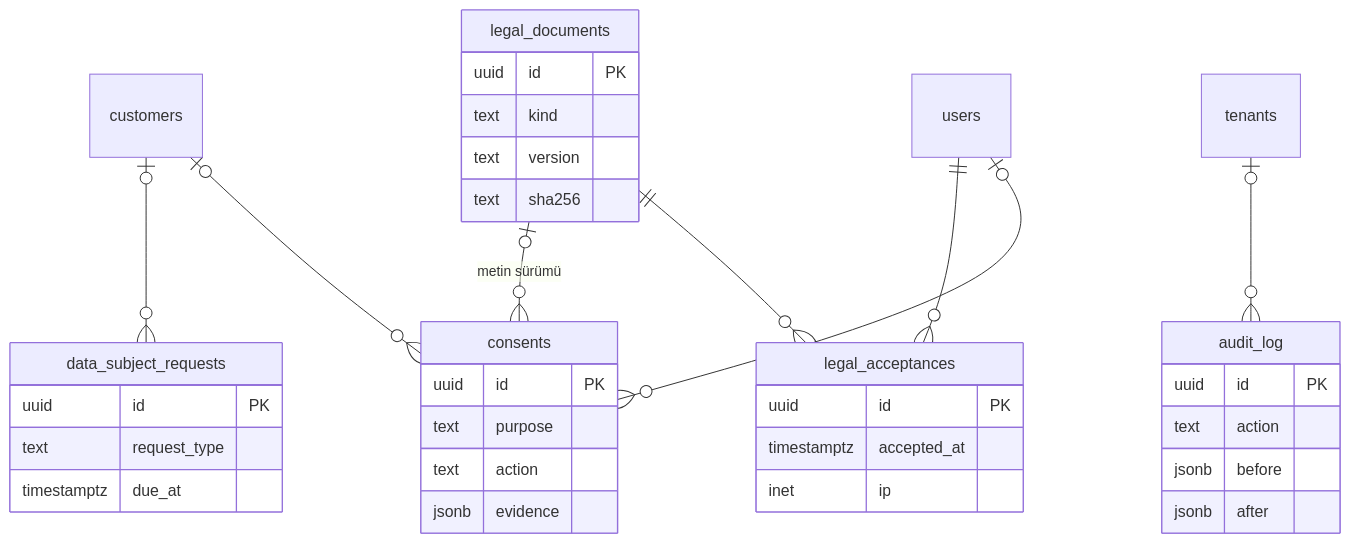
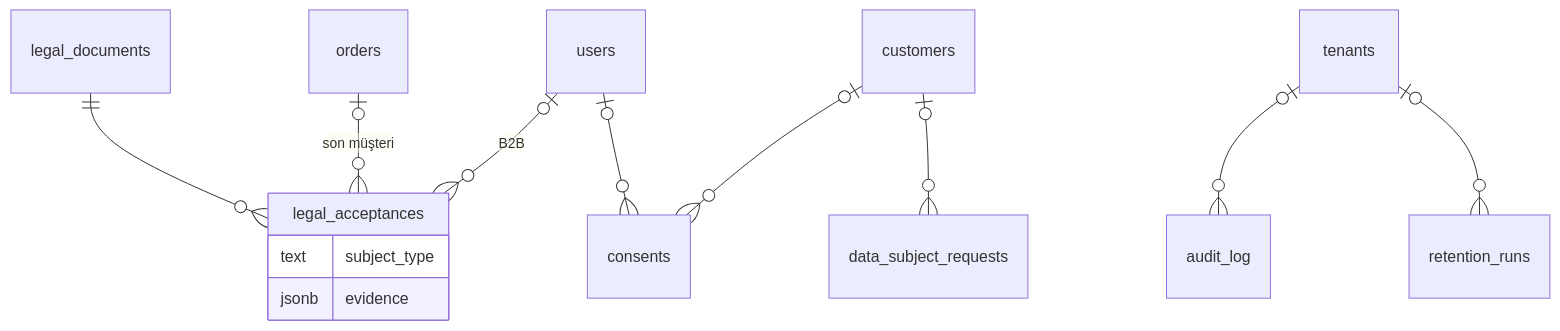
Before and after one commit to eraycaylak/siparisinonunde: the sixth of 9 diagrams in docs/07-veri-modeli-ve-api.md, drawn with Mermaid. The commit also changed other lines of this file, not shown here.

````diff
--- a/docs/07-veri-modeli-ve-api.md
+++ b/docs/07-veri-modeli-ve-api.md
@@ -316,28 +270,15 @@
 ```mermaid
 erDiagram
+  legal_documents ||--o{ legal_acceptances : ""
+  users |o--o{ legal_acceptances : "B2B"
+  orders |o--o{ legal_acceptances : "son müşteri"
   customers |o--o{ consents : ""
   users |o--o{ consents : ""
-  legal_documents ||--o{ legal_acceptances : ""
-  users ||--o{ legal_acceptances : ""
-  legal_documents |o--o{ consents : "metin sürümü"
   customers |o--o{ data_subject_requests : ""
   tenants |o--o{ audit_log : ""
-  consents { uuid id PK
-    text purpose
-    text action
-    jsonb evidence }
-  legal_documents { uuid id PK
-    text kind
-    text version
-    text sha256 }
-  legal_acceptances { uuid id PK
-    timestamptz accepted_at
-    inet ip }
-  audit_log { uuid id PK
-    text action
-    jsonb before
-    jsonb after }
-  data_subject_requests { uuid id PK
-    text request_type
-    timestamptz due_at }
+  tenants |o--o{ retention_runs : ""
+  legal_acceptances {
+    text subject_type
+    jsonb evidence
+  }
 ```
````
